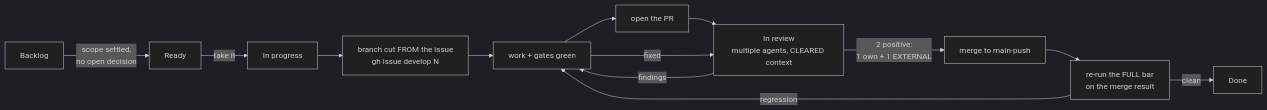
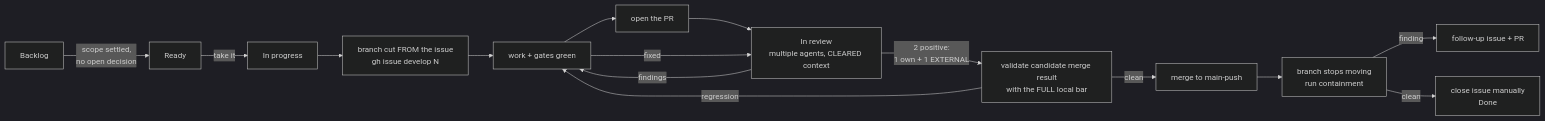
Before and after one commit to kebag-logic/milan-fpga: the diagram in CONTRIBUTING.md, drawn with Mermaid (dark theme). The commit also changed other lines of this file and 1 other file, not shown here.

````diff
--- a/CONTRIBUTING.md
+++ b/CONTRIBUTING.md
@@ -41,15 +41,17 @@
 ```mermaid
 flowchart LR
     B[Backlog] -->|scope settled,<br/>no open decision| R[Ready]
     R -->|take it| P[In progress]
     P --> BR[branch cut FROM the issue<br/>gh issue develop N]
     BR --> W[work + gates green]
     W --> PR[open the PR]
     PR --> RV[In review<br/>multiple agents, CLEARED context]
     RV -->|findings| W
     W -->|fixed| RV
-    RV -->|2 positive:<br/>1 own + 1 EXTERNAL| M[merge to main-push]
-    M --> G[re-run the FULL bar<br/>on the merge result]
+    RV -->|2 positive:<br/>1 own + 1 EXTERNAL| G[validate candidate merge result<br/>with the FULL local bar]
     G -->|regression| W
-    G -->|clean| D[Done]
+    G -->|clean| M[merge to main-push]
+    M --> C[branch stops moving<br/>run containment]
+    C -->|finding| F[follow-up issue + PR]
+    C -->|clean| D[close issue manually<br/>Done]
 ```
````
